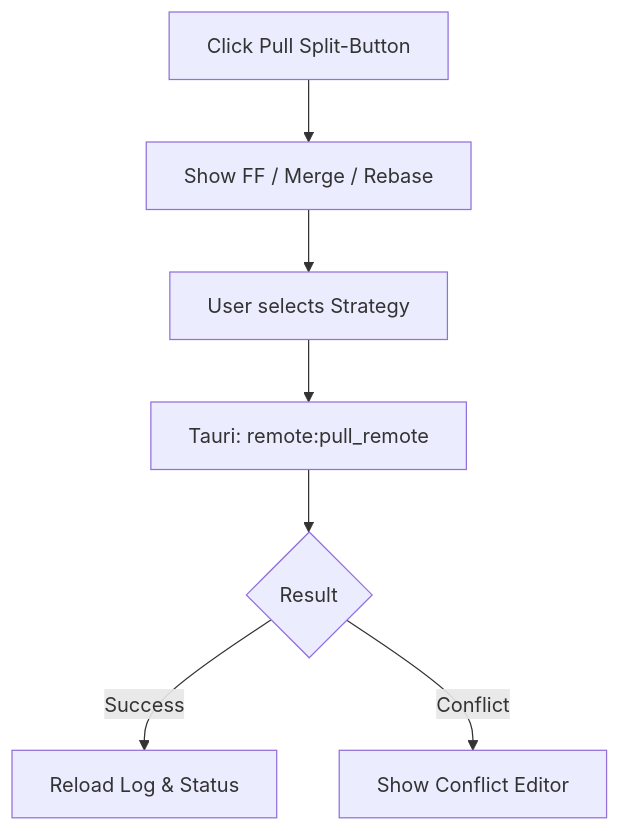
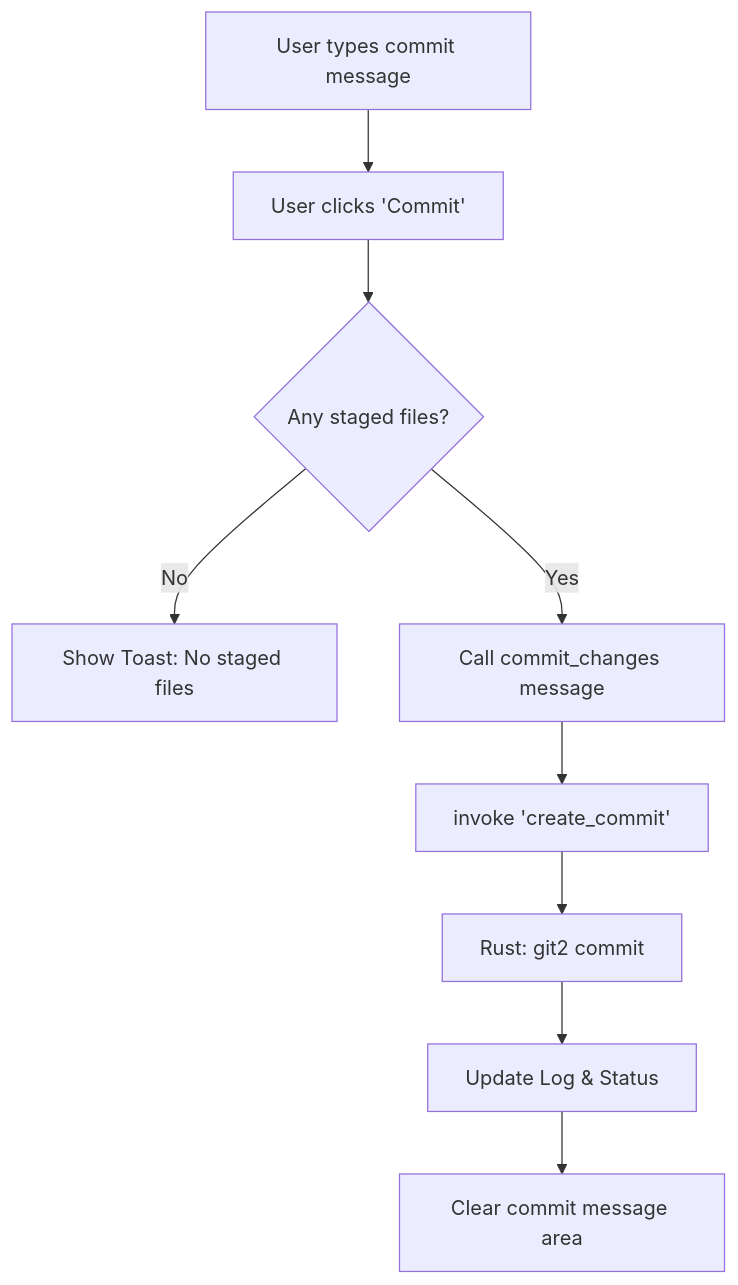
One commit to TrungHieu0107/git-helper changed the second of 4 diagrams in docs/user_flow.md. Above: the diagram before and after it, drawn with Mermaid. The commit also changed other lines of this file and 4 other files, not shown here.

Commit message:
docs: Comprehensive documentation updates for v3.1.0 architecture and features

````diff
--- a/docs/user_flow.md
+++ b/docs/user_flow.md
@@ -52,9 +32,11 @@
 ```mermaid
 flowchart TD
-    Click[Click Pull Split-Button] --> Menu[Show FF / Merge / Rebase]
-    Menu --> Selected[User selects Strategy]
-    Selected --> Cmd[Tauri: remote:pull_remote]
-    Cmd --> Res{Result}
-    Res -- Success --> Done[Reload Log & Status]
-    Res -- Conflict --> Conflict[Show Conflict Editor]
+    A[User types commit message] --> B[User clicks 'Commit']
+    B --> C{Any staged files?}
+    C -- No --> D[Show Toast: No staged files]
+    C -- Yes --> E[Call commit_changes message]
+    E --> F[invoke 'create_commit']
+    F --> G[Rust: git2 commit]
+    G --> H[Update Log & Status]
+    H --> I[Clear commit message area]
 ```
````
